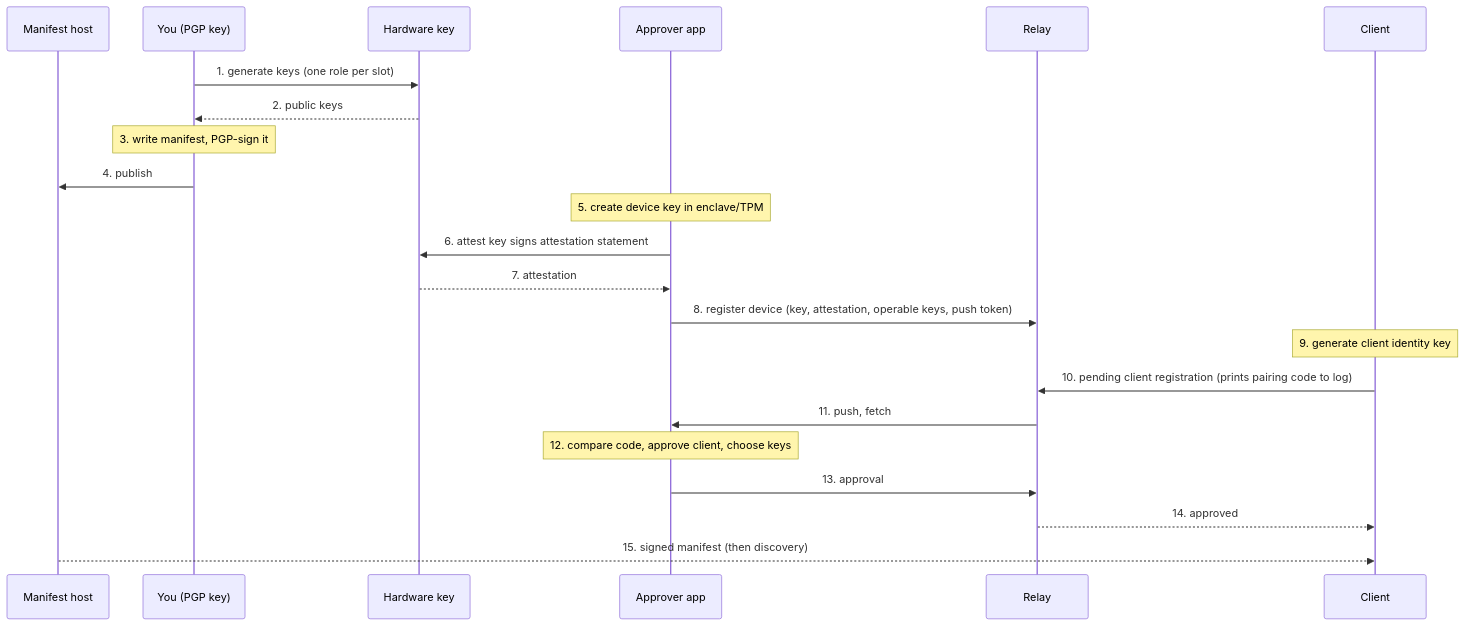
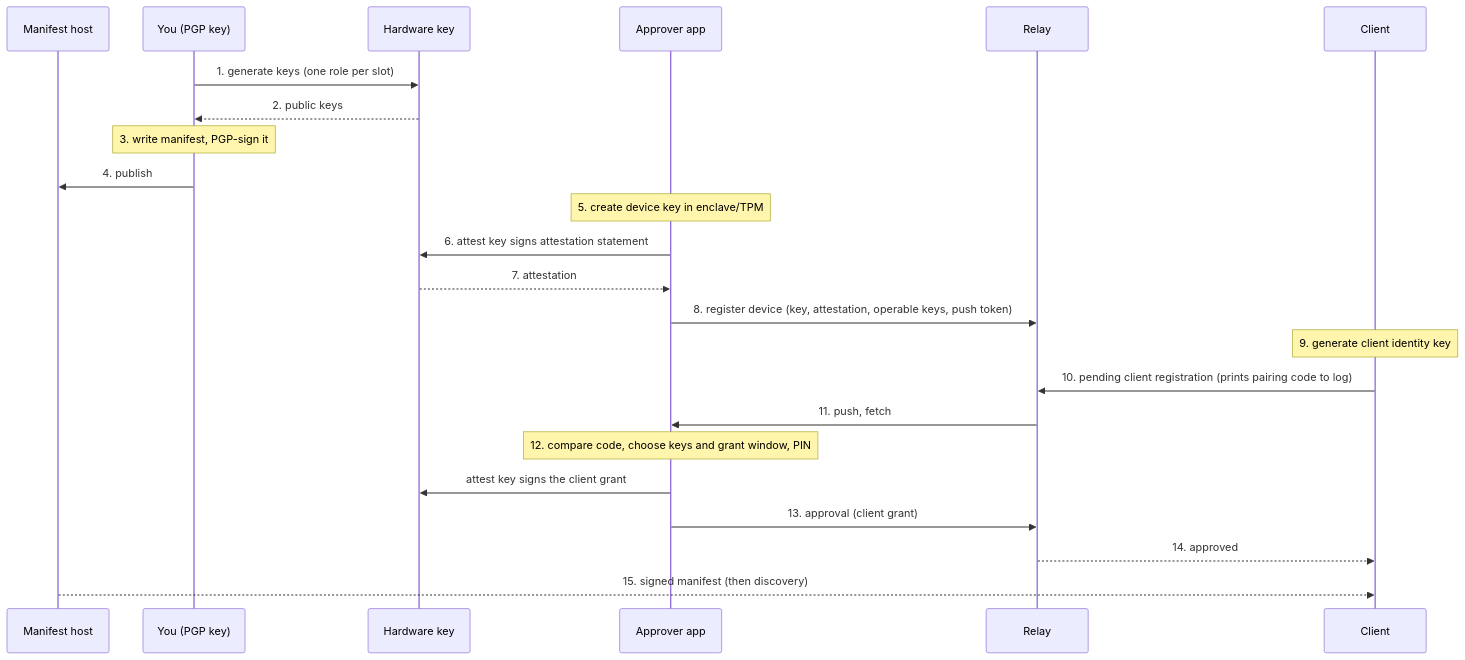
One commit to bjd5o/pkcs11-relay changed the fourth of 5 diagrams in docs/spec.md. Above: the diagram before and after it, drawn with Mermaid. The commit also changed other lines of this file, not shown here.

Commit message:
Specify client grants, revocations and manifest revocation lists

````diff
--- a/docs/spec.md
+++ b/docs/spec.md
@@ -103,24 +103,25 @@
 ```mermaid
 sequenceDiagram
   participant M as Manifest host
   participant O as You (PGP key)
   participant K as Hardware key
   participant A as Approver app
   participant R as Relay
   participant C as Client
   O->>K: 1. generate keys (one role per slot)
   K-->>O: 2. public keys
   Note over O: 3. write manifest, PGP-sign it
   O->>M: 4. publish
   Note over A: 5. create device key in enclave/TPM
   A->>K: 6. attest key signs attestation statement
   K-->>A: 7. attestation
   A->>R: 8. register device (key, attestation, operable keys, push token)
   Note over C: 9. generate client identity key
   C->>R: 10. pending client registration (prints pairing code to log)
   R->>A: 11. push, fetch
-  Note over A: 12. compare code, approve client, choose keys
-  A->>R: 13. approval
+  Note over A: 12. compare code, choose keys and grant window, PIN
+  A->>K: attest key signs the client grant
+  A->>R: 13. approval (client grant)
   R-->>C: 14. approved
   M-->>C: 15. signed manifest (then discovery)
 ```
````
